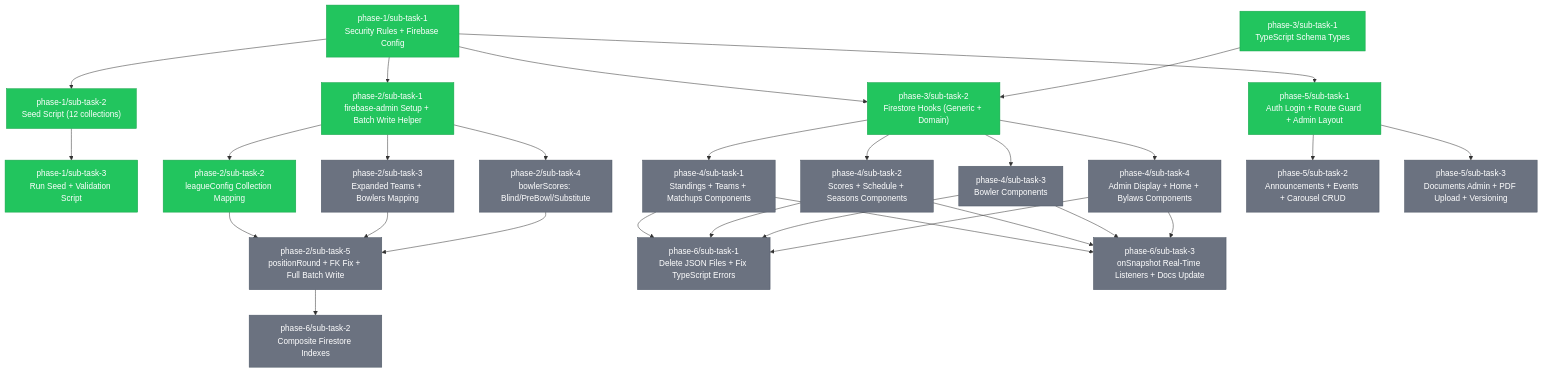
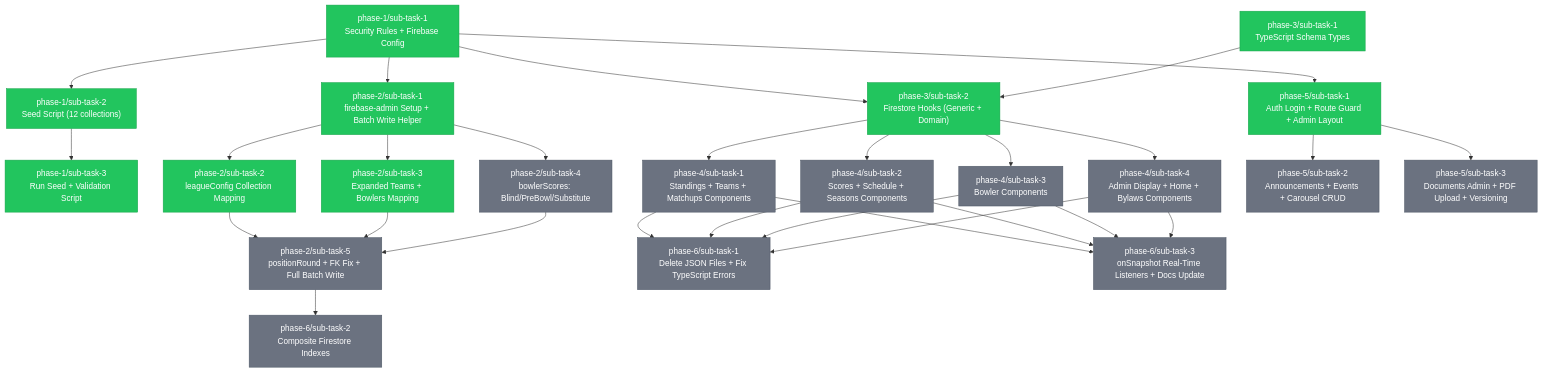
The diagram in .claude/tasks/TASKS.md (Bagwell-Oil-Imaging/late-night-happy-hour-league-site), drawn with Mermaid before and after one commit. The commit also changed other lines of this file, not shown here.

```diff
--- a/.claude/tasks/TASKS.md
+++ b/.claude/tasks/TASKS.md
@@ -89,7 +89,7 @@
     class P1S3 completed
     class P2S1 completed
     class P2S2 completed
-    class P2S3 pending
+    class P2S3 completed
     class P2S4 pending
     class P2S5 pending
     class P3S1 completed
```
